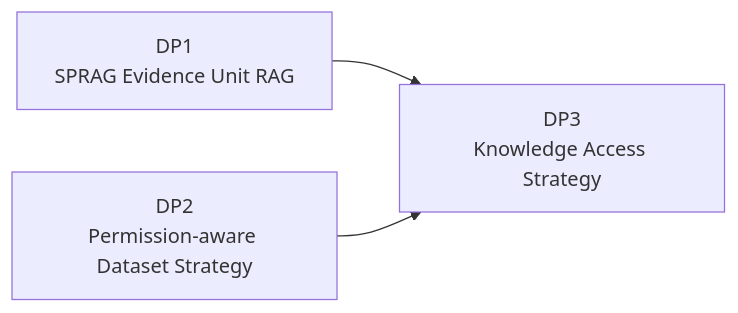
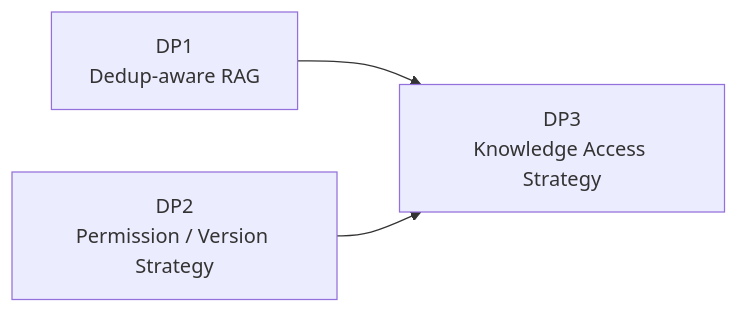
The first of 4 diagrams in doc/04_DP3_Knowledge_Access_Strategy.md (younlea/2026_architect_9B_team), drawn with Mermaid before and after one commit. The commit also changed other lines of this file and 14 other files, not shown here.

````diff
--- a/doc/04_DP3_Knowledge_Access_Strategy.md
+++ b/doc/04_DP3_Knowledge_Access_Strategy.md
@@ -13,5 +13,5 @@
 ```mermaid
 flowchart LR
-    A[DP1<br/>SPRAG Evidence Unit RAG] --> C[DP3<br/>Knowledge Access Strategy]
-    B[DP2<br/>Permission-aware Dataset Strategy] --> C
+    A[DP1<br/>Dedup-aware RAG] --> C[DP3<br/>Knowledge Access Strategy]
+    B[DP2<br/>Permission / Version Strategy] --> C
 ```
````
